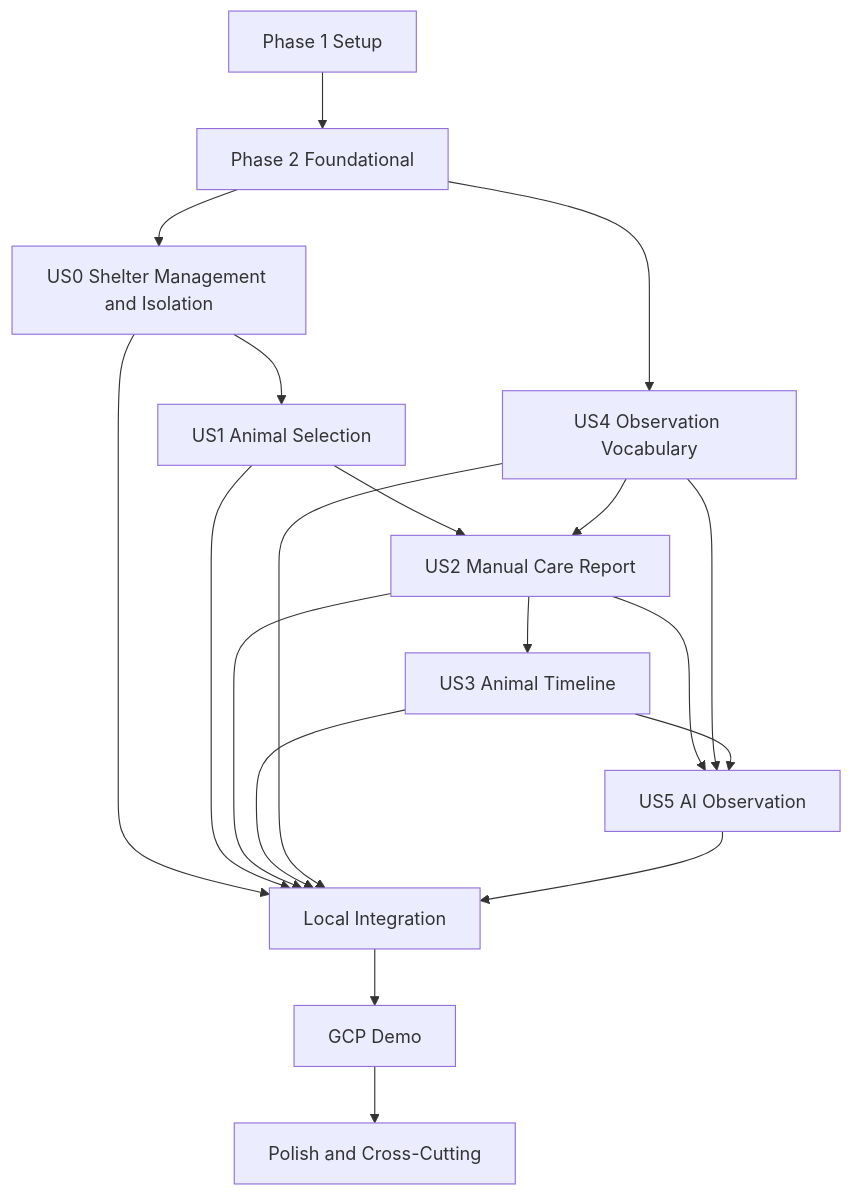
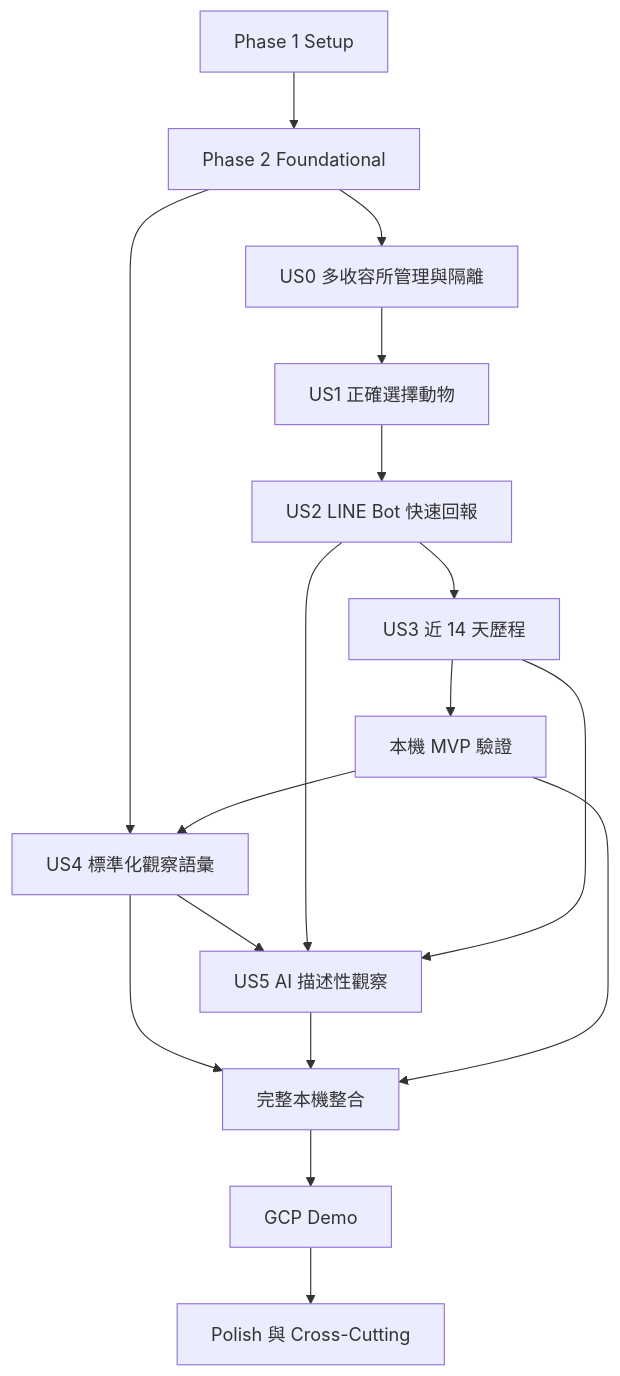
One commit to GAE-263/StrayHub changed the diagram in specs/001-volunteer-care-report/tasks.md. Above: the diagram before and after it, drawn with Mermaid. The commit also changed other lines of this file and 10 other files, not shown here.

Commit message:
修正為使用 line bot 作為主要的回報介面

````diff
--- a/specs/001-volunteer-care-report/tasks.md
+++ b/specs/001-volunteer-care-report/tasks.md
@@ -350,21 +385,19 @@
 ```mermaid
 graph TD
     S[Phase 1 Setup] --> F[Phase 2 Foundational]
-    F --> U0[US0 Shelter Management and Isolation]
-    U0 --> U1[US1 Animal Selection]
-    U1 --> U2[US2 Manual Care Report]
-    U2 --> U3[US3 Animal Timeline]
-    F --> U4[US4 Observation Vocabulary]
-    U4 --> U2
-    U2 --> U5[US5 AI Observation]
-    U4 --> U5
+    F --> U0[US0 多收容所管理與隔離]
+    U0 --> U1[US1 正確選擇動物]
+    U1 --> U2[US2 LINE Bot 快速回報]
+    U2 --> U3[US3 近 14 天歷程]
+    U3 --> M[本機 MVP 驗證]
+    F --> U4[US4 標準化觀察語彙]
+    M --> U4
+    U4 --> U5[US5 AI 描述性觀察]
+    U2 --> U5
     U3 --> U5
-    U0 --> L[Local Integration]
-    U1 --> L
-    U2 --> L
-    U3 --> L
-    U4 --> L
+    U4 --> L[完整本機整合]
     U5 --> L
+    M --> L
     L --> G[GCP Demo]
-    G --> P[Polish and Cross-Cutting]
+    G --> P[Polish 與 Cross-Cutting]
 ```
````
